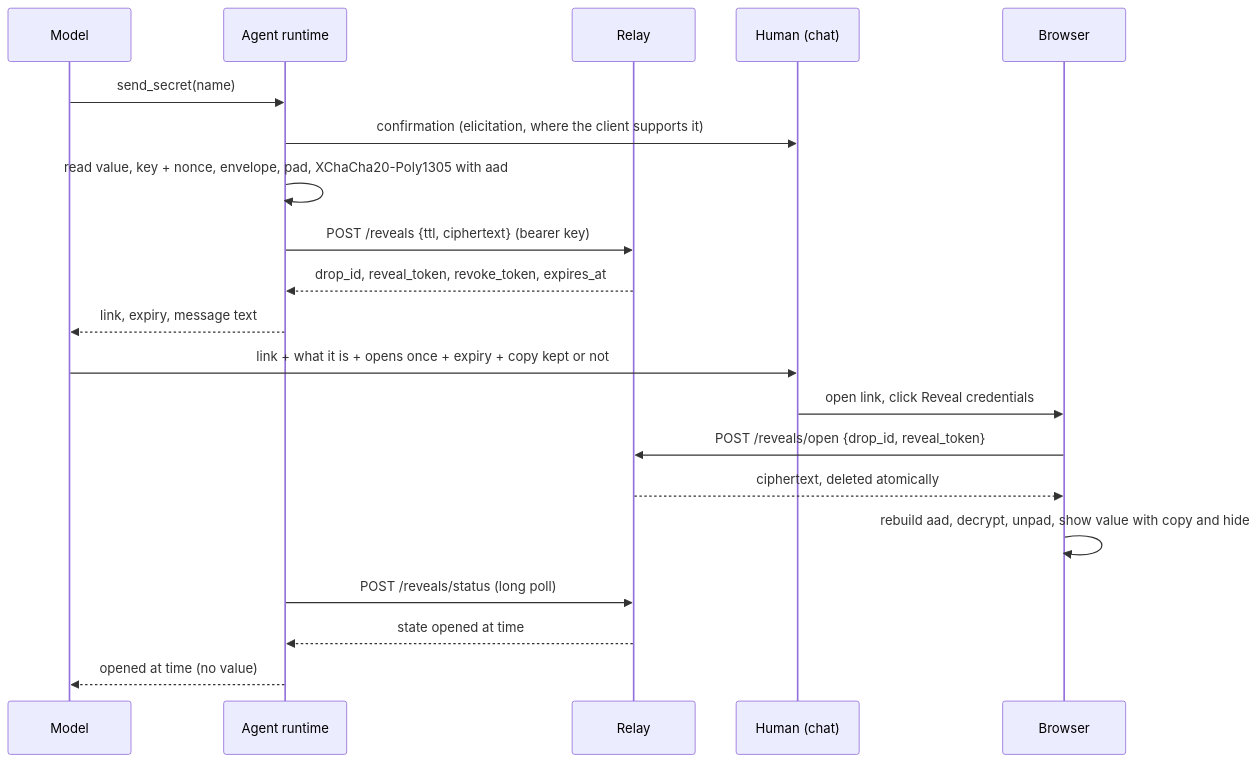
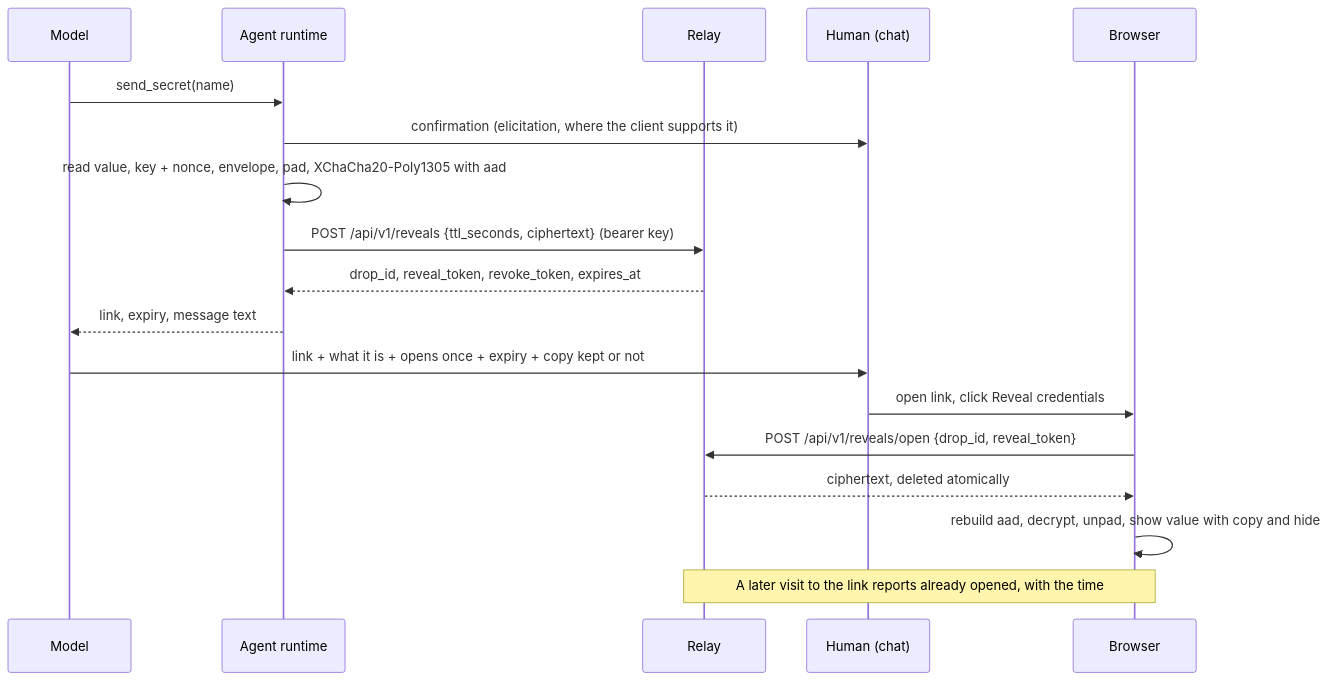
Before and after one commit to xyluxx/burndrop: the second of 2 diagrams in README.md, drawn with Mermaid. The commit also changed other lines of this file and 5 other files, not shown here.

Commit message:
docs: align the README, threat model, crypto spec, and architecture with the code

````diff
--- a/README.md
+++ b/README.md
@@ -106,22 +107,20 @@
 ```mermaid
 sequenceDiagram
     participant M as Model
     participant A as Agent runtime
     participant R as Relay
     participant H as Human (chat)
     participant B as Browser
     M->>A: send_secret(name)
     A->>H: confirmation (elicitation, where the client supports it)
     A->>A: read value, key + nonce, envelope, pad, XChaCha20-Poly1305 with aad
-    A->>R: POST /reveals {ttl, ciphertext} (bearer key)
+    A->>R: POST /api/v1/reveals {ttl_seconds, ciphertext} (bearer key)
     R-->>A: drop_id, reveal_token, revoke_token, expires_at
     A-->>M: link, expiry, message text
     M->>H: link + what it is + opens once + expiry + copy kept or not
     H->>B: open link, click Reveal credentials
-    B->>R: POST /reveals/open {drop_id, reveal_token}
+    B->>R: POST /api/v1/reveals/open {drop_id, reveal_token}
     R-->>B: ciphertext, deleted atomically
     B->>B: rebuild aad, decrypt, unpad, show value with copy and hide
-    A->>R: POST /reveals/status (long poll)
-    R-->>A: state opened at time
-    A-->>M: opened at time (no value)
+    Note over B,R: A later visit to the link reports already opened, with the time
 ```
````
